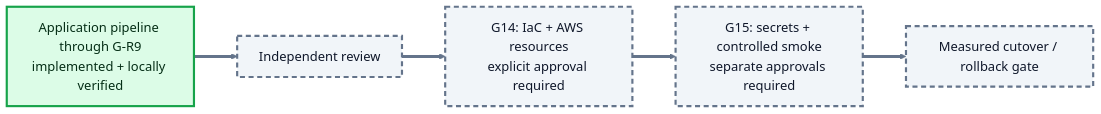
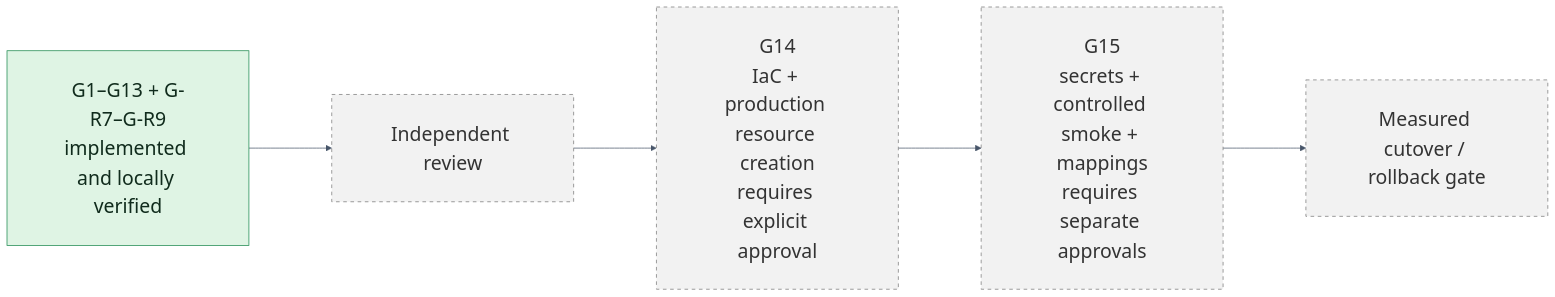
One commit to haritchowdhury/ShopSniper changed the fourth of 4 diagrams in IMPLEMENTED_AWS_PIPELINE_ARCHITECTURE.md. Above: the diagram before and after it, drawn with Mermaid. The commit also changed other lines of this file, not shown here.

Commit message:
implemented flow

````diff
--- a/IMPLEMENTED_AWS_PIPELINE_ARCHITECTURE.md
+++ b/IMPLEMENTED_AWS_PIPELINE_ARCHITECTURE.md
@@ -322,17 +252,13 @@
 ```mermaid
-%%{init: {"theme":"base","themeVariables":{"fontFamily":"Inter, Arial, sans-serif","fontSize":"18px"},"flowchart":{"curve":"basis","nodeSpacing":50,"rankSpacing":60,"htmlLabels":true}}}%%
+%%{init: {"theme":"base","themeVariables":{"fontFamily":"Arial, sans-serif","fontSize":"27px","lineColor":"#475569"},"flowchart":{"curve":"basis","nodeSpacing":90,"rankSpacing":115,"diagramPadding":50,"padding":34,"htmlLabels":true,"useMaxWidth":false}}}%%
 flowchart LR
-    A["Application pipeline through G-R9<br/>implemented + locally verified"]
-    B["Independent review"]
-    C["G14: IaC + AWS resources<br/>explicit approval required"]
-    D["G15: secrets + controlled smoke<br/>separate approvals required"]
-    E["Measured cutover / rollback gate"]
+    DONE["G1–G13 + G-R7–G-R9<br/>implemented and locally verified"] --> REVIEW["Independent review"]
+    REVIEW --> G14["G14<br/>IaC + production resource creation<br/>requires explicit approval"]
+    G14 --> G15["G15<br/>secrets + controlled smoke + mappings<br/>requires separate approvals"]
+    G15 --> CUTOVER["Measured cutover / rollback gate"]
 
-    A --> B --> C --> D --> E
-
-    classDef complete fill:#dcfce7,stroke:#16a34a,stroke-width:3px,color:#052e16;
-    classDef parked fill:#f1f5f9,stroke:#64748b,stroke-width:3px,stroke-dasharray:7 5,color:#0f172a;
-    class A complete;
-    class B,C,D,E parked;
-    linkStyle default stroke:#64748b,stroke-width:4px;
+    classDef complete fill:#dff4e4,stroke:#18864b,color:#102b1c;
+    classDef parked fill:#f2f2f2,stroke:#777,color:#333,stroke-dasharray: 5 5;
+    class DONE complete;
+    class REVIEW,G14,G15,CUTOVER parked;
 ```
````
